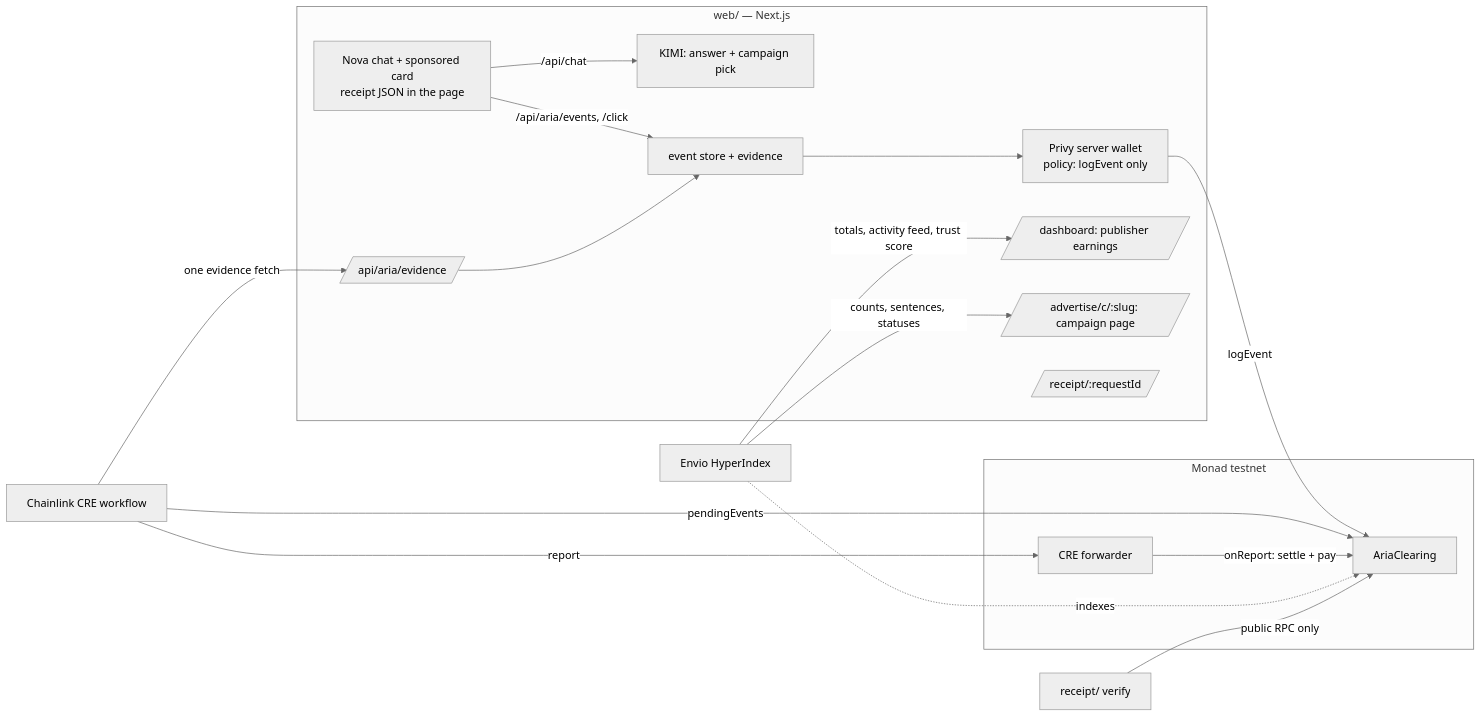
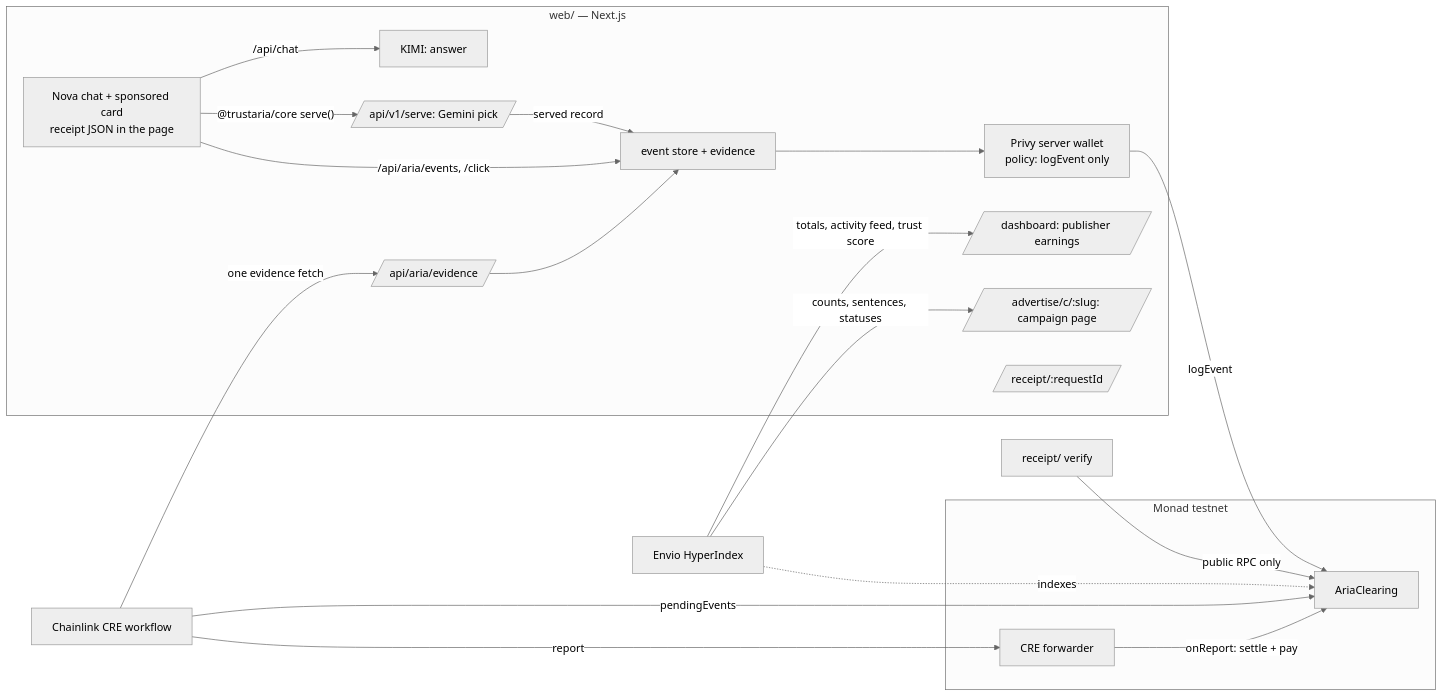
The diagram in README.md (trustaria/aria-clearing), drawn with Mermaid (neutral theme) before and after one commit. The commit also changed other lines of this file and 1 other file, not shown here.

Commit message:
Document the serve API, Gemini selection, the SDK dependency and the new env vars

````diff
--- a/README.md
+++ b/README.md
@@ -195,24 +196,26 @@
 ```mermaid
 graph LR
     subgraph web [web/ — Next.js]
-        Nova[Nova chat + sponsored card<br/>receipt JSON in the page] -->|/api/chat| Kimi[KIMI: answer + campaign pick]
+        Nova[Nova chat + sponsored card<br/>receipt JSON in the page] -->|/api/chat| Kimi[KIMI: answer]
+        Nova -->|"@trustaria/core serve()"| Serve[/api/v1/serve: Gemini pick/]
+        Serve -->|served record| Ev
         Nova -->|/api/aria/events, /click| Ev[event store + evidence]
         Ev --> Relay[Privy server wallet<br/>policy: logEvent only]
         EvAPI[/api/aria/evidence/] --> Ev
         Dash[/dashboard: publisher earnings/]
         Camp[/advertise/c/:slug: campaign page/]
         Why[/receipt/:requestId/]
     end
     subgraph Monad testnet
         C[AriaClearing]
         F[CRE forwarder]
     end
     Relay -->|logEvent| C
     CRE[Chainlink CRE workflow] -->|pendingEvents| C
     CRE -->|one evidence fetch| EvAPI
     CRE -->|report| F -->|onReport: settle + pay| C
     Envio[Envio HyperIndex] -. indexes .-> C
     Envio -->|totals, activity feed, trust score| Dash
     Envio -->|counts, sentences, statuses| Camp
     Verify[receipt/ verify] -->|public RPC only| C
 ```
````
